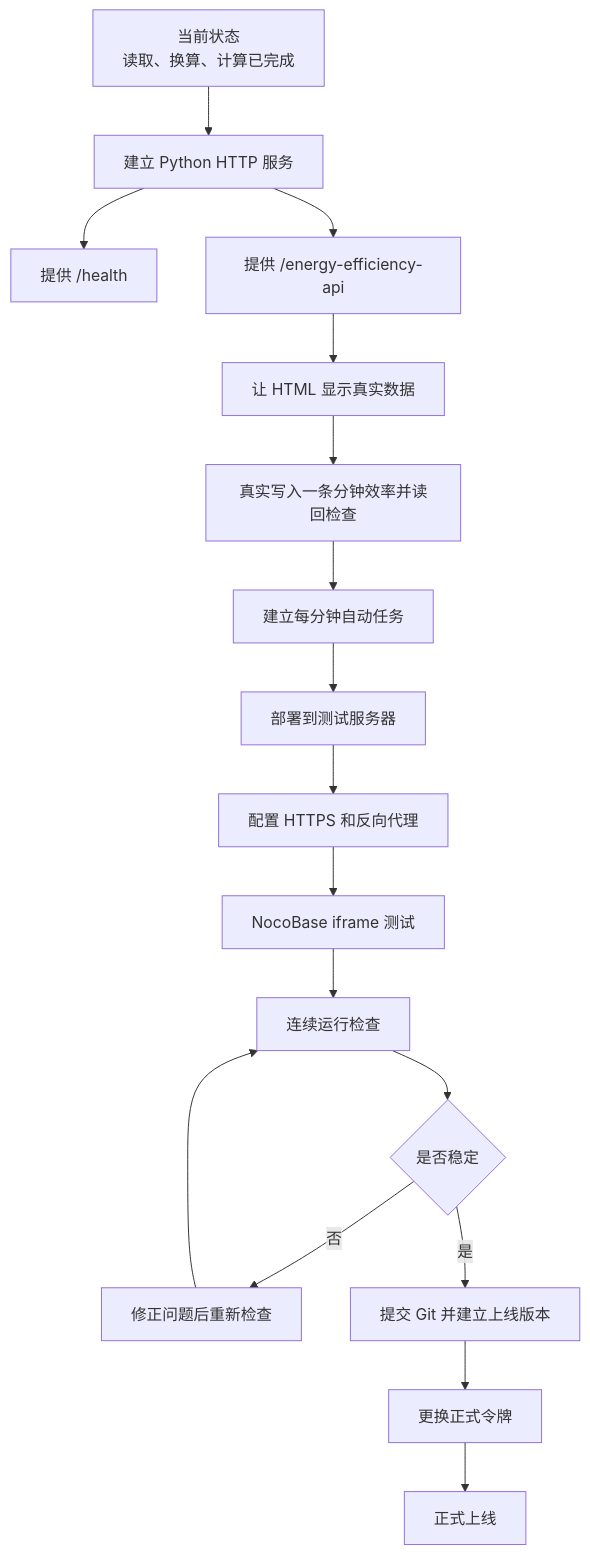
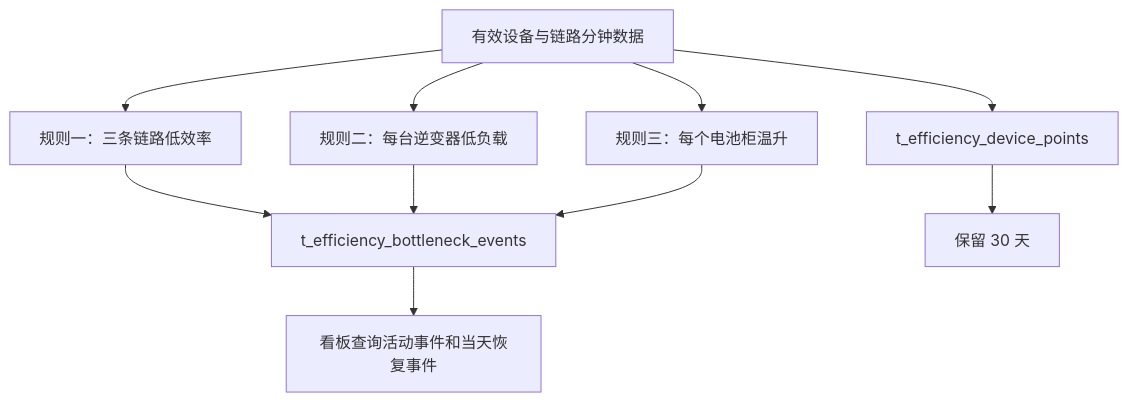
Before and after one commit to hua-js/vifa-en: the third of 3 diagrams in m2/M2线上部署流程图.md, drawn with Mermaid. The commit also changed other lines of this file and 3 other files, not shown here.

Commit message:
docs: wire bottleneck automation flow

````diff
--- a/m2/M2线上部署流程图.md
+++ b/m2/M2线上部署流程图.md
@@ -74,19 +47,12 @@
 ```mermaid
 flowchart TD
-    A[当前状态<br/>读取、换算、计算已完成] --> B[建立 Python HTTP 服务]
-    B --> C[提供 /health]
-    B --> D[提供 /energy-efficiency-api]
-    D --> E[让 HTML 显示真实数据]
-    E --> F[真实写入一条分钟效率并读回检查]
-    F --> G[建立每分钟自动任务]
-    G --> H[部署到测试服务器]
-    H --> I[配置 HTTPS 和反向代理]
-    I --> J[NocoBase iframe 测试]
-    J --> K[连续运行检查]
-    K --> L{是否稳定}
-    L -->|否| M[修正问题后重新检查]
-    M --> K
-    L -->|是| N[提交 Git 并建立上线版本]
-    N --> O[更换正式令牌]
-    O --> P[正式上线]
+    A[有效设备与链路分钟数据] --> B[规则一：三条链路低效率]
+    A --> C[规则二：每台逆变器低负载]
+    A --> D[规则三：每个电池柜温升]
+    B --> E[t_efficiency_bottleneck_events]
+    C --> E
+    D --> E
+    A --> F[t_efficiency_device_points]
+    F --> G[保留 30 天]
+    E --> H[看板查询活动事件和当天恢复事件]
 ```
````
